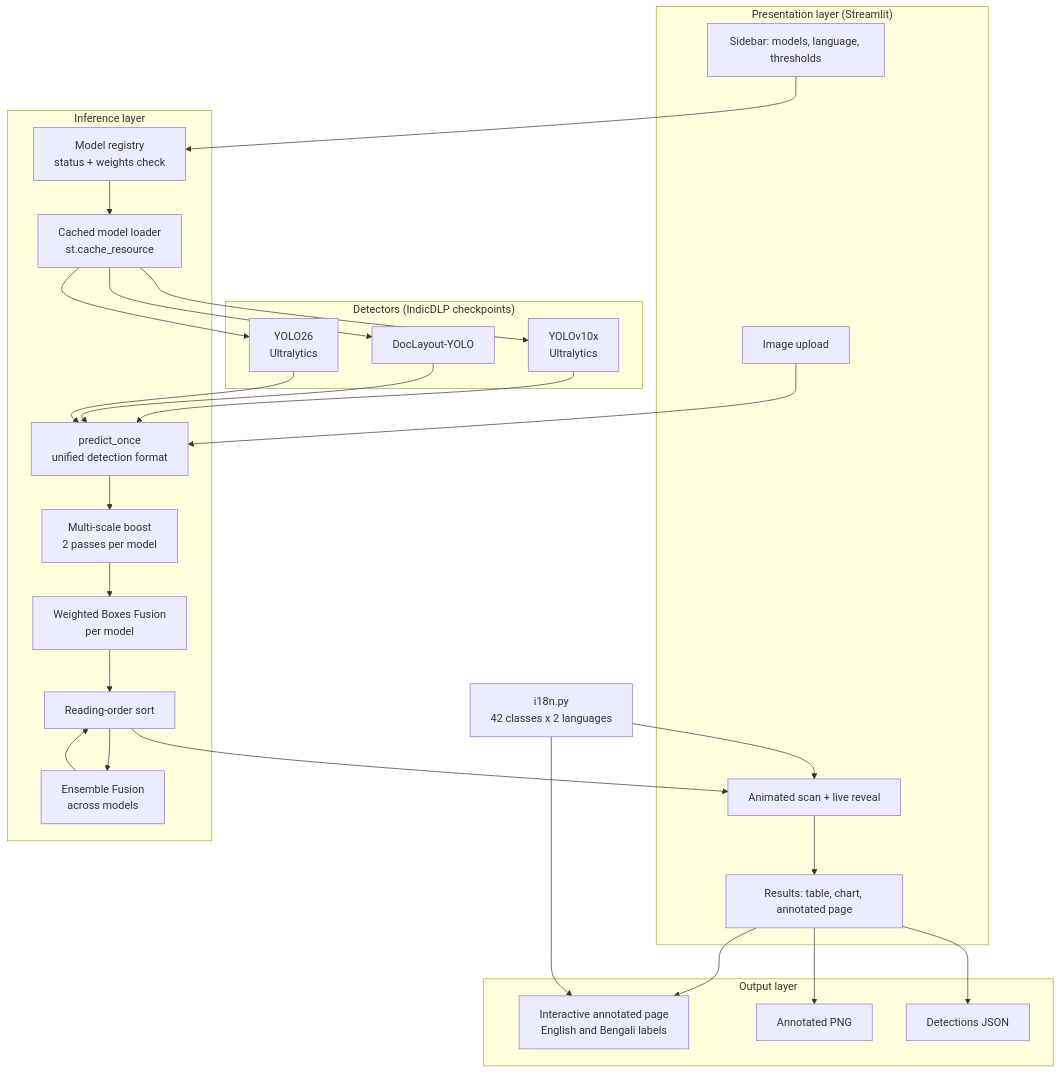
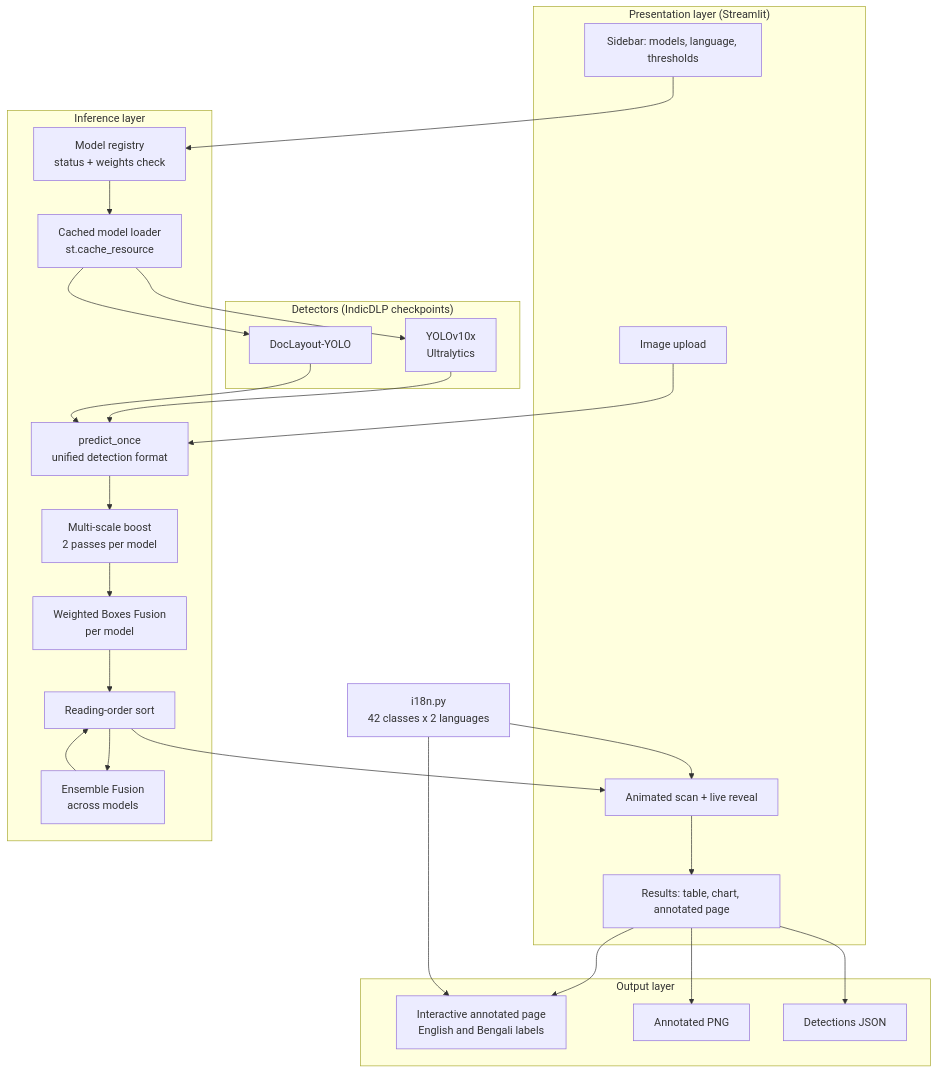
The third of 6 diagrams in README.md (RajdipDhar2007/IndicDLP-Live-Layout-Studio), drawn with Mermaid before and after one commit. The commit also changed other lines of this file and 6 other files, not shown here.

````diff
--- a/README.md
+++ b/README.md
@@ -410,51 +405,48 @@
 ```mermaid
 flowchart TB
     subgraph UI["Presentation layer (Streamlit)"]
         U1["Image upload"]
         U2["Sidebar: models, language, thresholds"]
         U3["Animated scan + live reveal"]
         U4["Results: table, chart, annotated page"]
     end
 
     subgraph CORE["Inference layer"]
         R["Model registry<br/>status + weights check"]
         L["Cached model loader<br/>st.cache_resource"]
         P["predict_once<br/>unified detection format"]
         MS["Multi-scale boost<br/>2 passes per model"]
         F1["Weighted Boxes Fusion<br/>per model"]
         F2["Ensemble Fusion<br/>across models"]
         RO["Reading-order sort"]
     end
 
     subgraph MODELS["Detectors (IndicDLP checkpoints)"]
         M1["YOLOv10x<br/>Ultralytics"]
         M2["DocLayout-YOLO"]
-        M3["YOLO26<br/>Ultralytics"]
     end
 
     subgraph OUT["Output layer"]
         O1["Interactive annotated page<br/>English and Bengali labels"]
         O2["Annotated PNG"]
         O3["Detections JSON"]
     end
 
     I18["i18n.py<br/>42 classes x 2 languages"]
 
     U1 --> P
     U2 --> R
     R --> L
     L --> M1
     L --> M2
-    L --> M3
     M1 --> P
     M2 --> P
-    M3 --> P
     P --> MS --> F1 --> RO --> U3
     RO --> F2 --> RO
     U3 --> U4
     U4 --> O1
     U4 --> O2
     U4 --> O3
     I18 --> O1
     I18 --> U3
 ```
````
